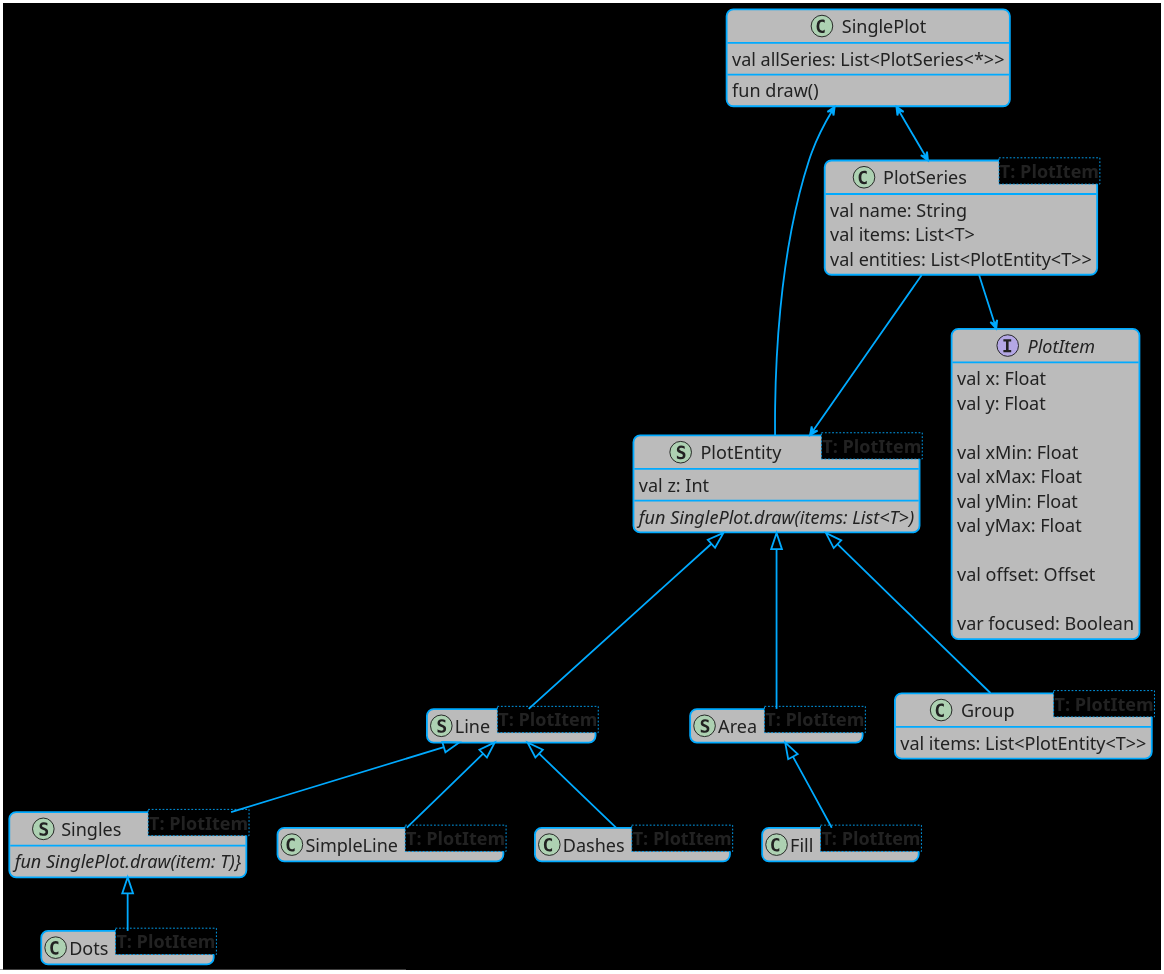
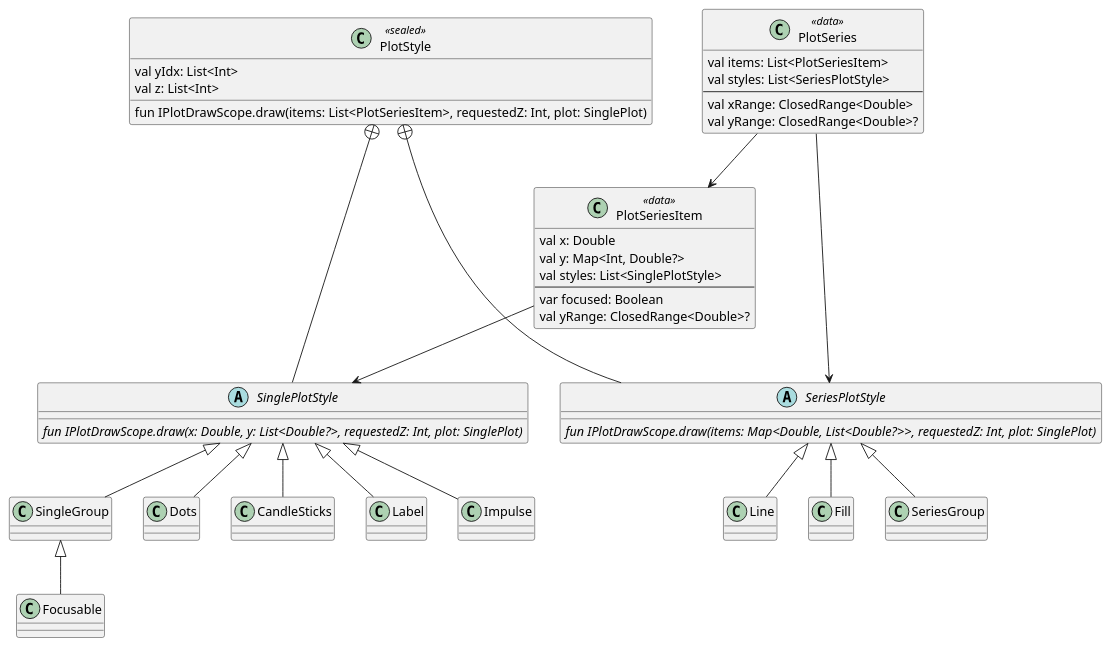
Before and after one commit to SaschaZ/PlottingCompose: the diagram in src/main/uml/classees.puml, drawn with PlantUML. The commit also changed 12 other files, not shown here.

```diff
--- a/src/main/uml/classees.puml
+++ b/src/main/uml/classees.puml
@@ -1,134 +1,53 @@
 @startuml
 'https://plantuml.com/sequence-diagram
 
-skinparam backgroundColor #000
-skinparam defaultFontColor #222
-skinparam defaultFontStyle bold
-skinparam defaultFontSize 20
-skinparam arrowColor #0af
-skinparam arrowThickness 2
-skinparam packageFontColor #0af
-skinparam packageFontSize 17
-skinparam packageBackgroundColor #bbb
-skinparam classBackgroundColor #bbb
-skinparam objectBackgroundColor #bbb
-skinparam componentBackgroundColor #bbb
-skinparam participantBackgroundColor #bbb
-skinparam packageBorderColor #0af
-skinparam classBorderColor #0af
-skinparam objectBorderColor #0af
-skinparam componentBorderColor #0af
-skinparam participantBorderColor #0af
-skinparam packageBorderThickness 2
-skinparam classBorderThickness 2
-skinparam objectBorderThickness 2
-skinparam componentBorderThickness 2
-skinparam participantBorderThickness 2
-skinparam titleFontSize 35
-skinparam titleFontStyle bold
-skinparam roundCorner 15
+class PlotStyle <<sealed>> {
+    val yIdx: List<Int>
+    val z: List<Int>
+    
+    fun IPlotDrawScope.draw(items: List<PlotSeriesItem>, requestedZ: Int, plot: SinglePlot)
+}
 
-skinparam stereotypeC<<data>> {
-  BackgroundColor #0AF
+abstract class SinglePlotStyle {
+    {abstract} fun IPlotDrawScope.draw(x: Double, y: List<Double?>, requestedZ: Int, plot: SinglePlot)
 }
-skinparam spotChar<<data>> D
-hide class <<data>> stereotype
+PlotStyle +-- SinglePlotStyle
 
-skinparam stereotypeC<<fragment>> {
-  BackgroundColor #0F8
+abstract class SeriesPlotStyle {
+    {abstract} fun IPlotDrawScope.draw(items: Map<Double, List<Double?>>, requestedZ: Int, plot: SinglePlot)
 }
-skinparam spotChar<<fragment>> F
-hide class <<fragment>> stereotype
+PlotStyle +--- SeriesPlotStyle
 
-skinparam stereotypeC<<view>> {
-  BackgroundColor #F4F
-}
-skinparam spotChar<<view>> V
-hide class <<view>> stereotype
+class Dots extends SinglePlotStyle
+class CandleSticks extends SinglePlotStyle
+class Label extends SinglePlotStyle
+class Impulse extends SinglePlotStyle
+class SingleGroup extends SinglePlotStyle
+class Focusable extends SingleGroup
 
-skinparam stereotypeC<<viewmodel>> {
-  BackgroundColor #FF0
-}
-skinparam spotChar<<viewmodel>> M
-hide class <<viewmodel>> stereotype
-
-skinparam stereotypeC<<repository>> {
-  BackgroundColor #FA3
-}
-skinparam spotChar<<repository>> R
-hide class <<repository>> stereotype
-
-skinparam stereotypeC<<sealed>> {
-  BackgroundColor #3B9
-}
-skinparam spotChar<<sealed>> S
-hide class <<sealed>> stereotype
-
-skinparam stereotypeC<<object>> {
-  BackgroundColor #FF0
-}
-skinparam spotChar<<object>> O
-hide class <<object>> stereotype
-
-skinparam stereotypeC<<enumeration>> {
-  BackgroundColor #090
-}
-skinparam spotChar<<enumeration>> E
-hide class <<enumeration>> stereotype
-
-hide empty members
+class Line extends SeriesPlotStyle
+class Fill extends SeriesPlotStyle
+class SeriesGroup extends SeriesPlotStyle
 
 
-class PlotEntity <T: PlotItem> <<sealed>> {
-    val z: Int
+class PlotSeries <<data>> {
+    val items: List<PlotSeriesItem>
+    val styles: List<SeriesPlotStyle>
+    ---
+    val xRange: ClosedRange<Double>
+    val yRange: ClosedRange<Double>?
+}
+PlotSeries ---> SeriesPlotStyle
 
-    {abstract} fun SinglePlot.draw(items: List<T>)
+class PlotSeriesItem <<data>> {
+    val x: Double
+    val y: Map<Int, Double?>
+    val styles: List<SinglePlotStyle>
+    ---
+    var focused: Boolean
+    val yRange: ClosedRange<Double>?
 }
-
-class Line <T: PlotItem> <<sealed>> extends PlotEntity
-class Singles <T: PlotItem> <<sealed>> extends Line {
-    {abstract} fun SinglePlot.draw(item: T)}
-}
-class Dots <T: PlotItem> extends Singles
-class SimpleLine <T: PlotItem> extends Line
-class Dashes <T: PlotItem> extends Line
-
-class Area <T: PlotItem> <<sealed>> extends PlotEntity
-class Fill <T: PlotItem> extends Area
-
-class Group <T: PlotItem> extends PlotEntity {
-    val items: List<PlotEntity<T>>
-}
-
-
-interface PlotItem {
-    val x: Float
-    val y: Float
-
-    val xMin: Float
-    val xMax: Float
-    val yMin: Float
-    val yMax: Float
-
-    val offset: Offset
-
-    var focused: Boolean
-}
-
-class PlotSeries <T: PlotItem>  {
-    val name: String
-    val items: List<T>
-    val entities: List<PlotEntity<T>>
-}
-PlotSeries --> PlotItem
-PlotSeries --> PlotEntity
-
-class SinglePlot {
-    val allSeries: List<PlotSeries<*>>
-
-    fun draw()
-}
-SinglePlot <-- PlotEntity
-SinglePlot <--> PlotSeries
+PlotSeries --> PlotSeriesItem
+PlotSeriesItem --> SinglePlotStyle
 
 @enduml
```
